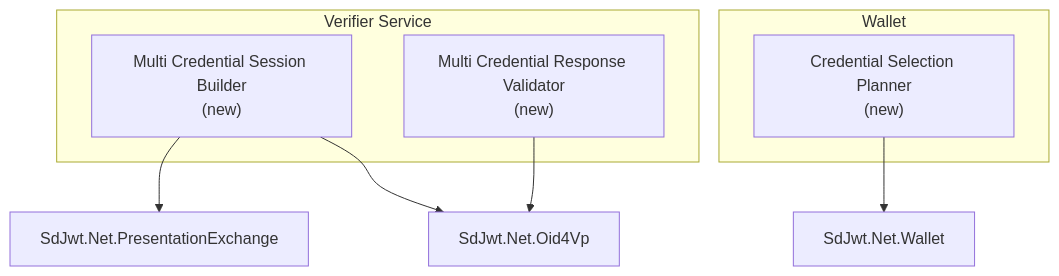
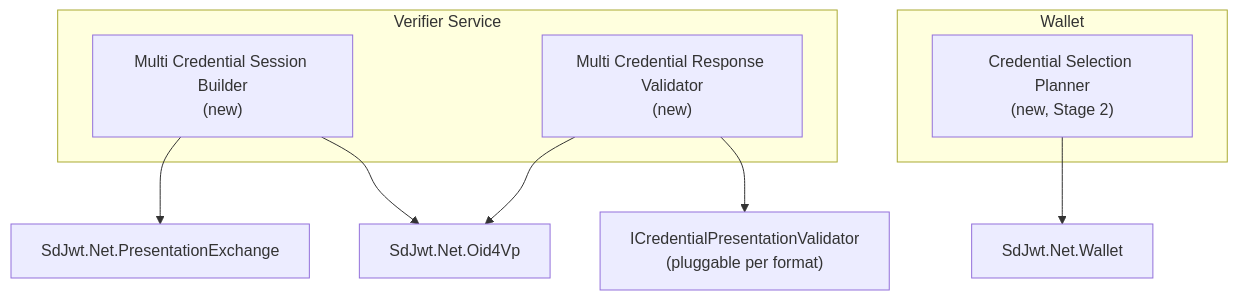
Before and after one commit to openwallet-foundation-labs/sd-jwt-dotnet: the first of 2 diagrams in docs/proposals/bundles-batch-credentials.md, drawn with Mermaid. The commit also changed other lines of this file and 21 other files, not shown here.

````diff
--- a/docs/proposals/bundles-batch-credentials.md
+++ b/docs/proposals/bundles-batch-credentials.md
@@ -59,16 +71,17 @@
 ```mermaid
 flowchart TB
     subgraph Verifier["Verifier Service"]
         SessionBuilder["Multi Credential Session Builder<br/>(new)"]
         SessionValidator["Multi Credential Response Validator<br/>(new)"]
     end
 
     subgraph Wallet["Wallet"]
-        SessionPlanner["Credential Selection Planner<br/>(new)"]
+        SessionPlanner["Credential Selection Planner<br/>(new, Stage 2)"]
     end
 
     SessionBuilder --> PEX["SdJwt.Net.PresentationExchange"]
     SessionBuilder --> OID4VP["SdJwt.Net.Oid4Vp"]
     SessionValidator --> OID4VP
+    SessionValidator --> FormatValidators["ICredentialPresentationValidator<br/>(pluggable per format)"]
     SessionPlanner --> WalletCore["SdJwt.Net.Wallet"]
 ```
````
